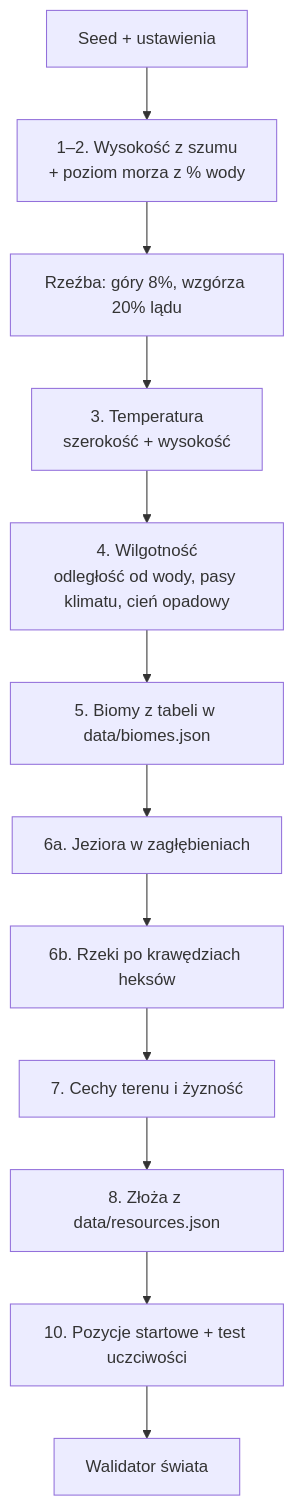
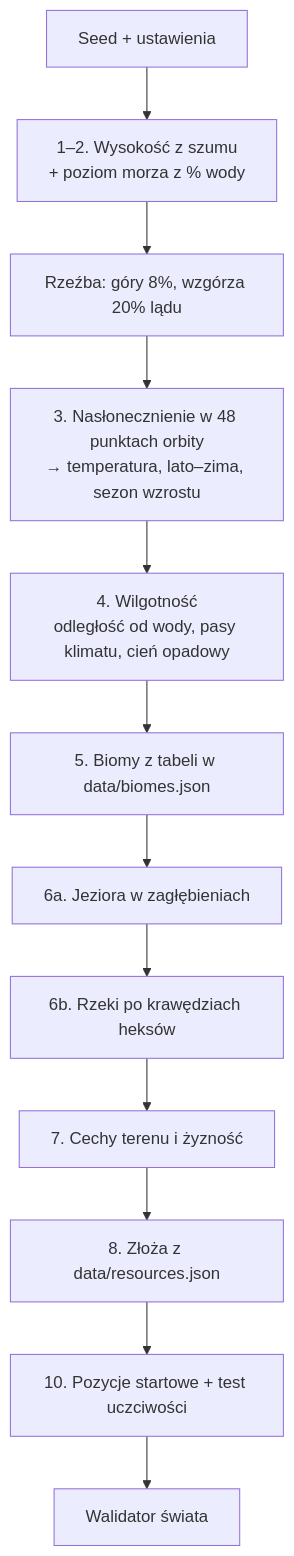
Before and after one commit to CoStellar/CivSim2: the diagram in docs/systems/worldgen.md, drawn with Mermaid. The commit also changed other lines of this file and 48 other files, not shown here.

````diff
--- a/docs/systems/worldgen.md
+++ b/docs/systems/worldgen.md
@@ -15,14 +15,14 @@
 ```mermaid
 flowchart TD
   S["Seed + ustawienia"] --> E["1–2. Wysokość z szumu<br/>+ poziom morza z % wody"]
   E --> R["Rzeźba: góry 8%, wzgórza 20% lądu"]
-  R --> T["3. Temperatura<br/>szerokość + wysokość"]
+  R --> T["3. Nasłonecznienie w 48 punktach orbity<br/>→ temperatura, lato–zima, sezon wzrostu"]
   T --> H["4. Wilgotność<br/>odległość od wody, pasy klimatu, cień opadowy"]
   H --> B["5. Biomy z tabeli w data/biomes.json"]
   B --> L["6a. Jeziora w zagłębieniach"]
   L --> V["6b. Rzeki po krawędziach heksów"]
   V --> F["7. Cechy terenu i żyzność"]
   F --> D["8. Złoża z data/resources.json"]
   D --> P["10. Pozycje startowe + test uczciwości"]
   P --> W["Walidator świata"]
 ```
````
